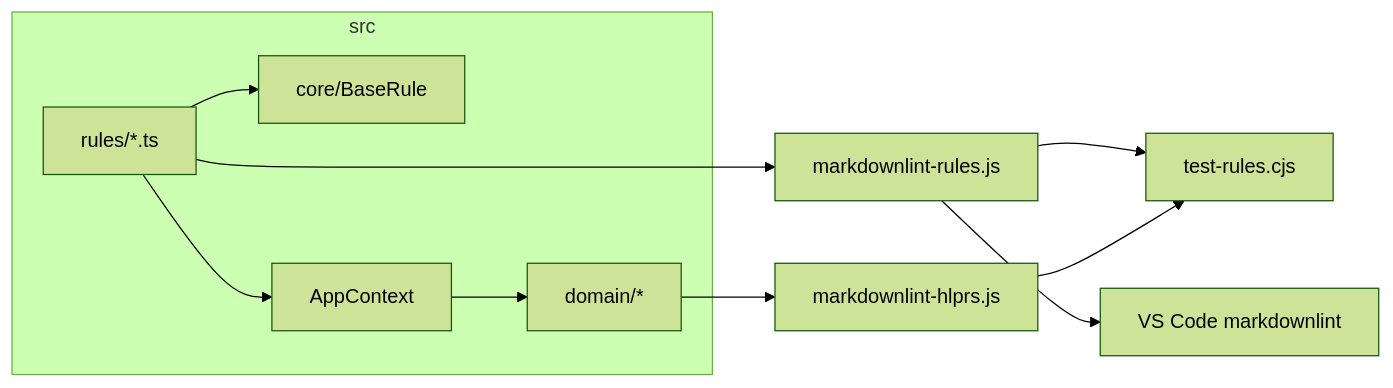
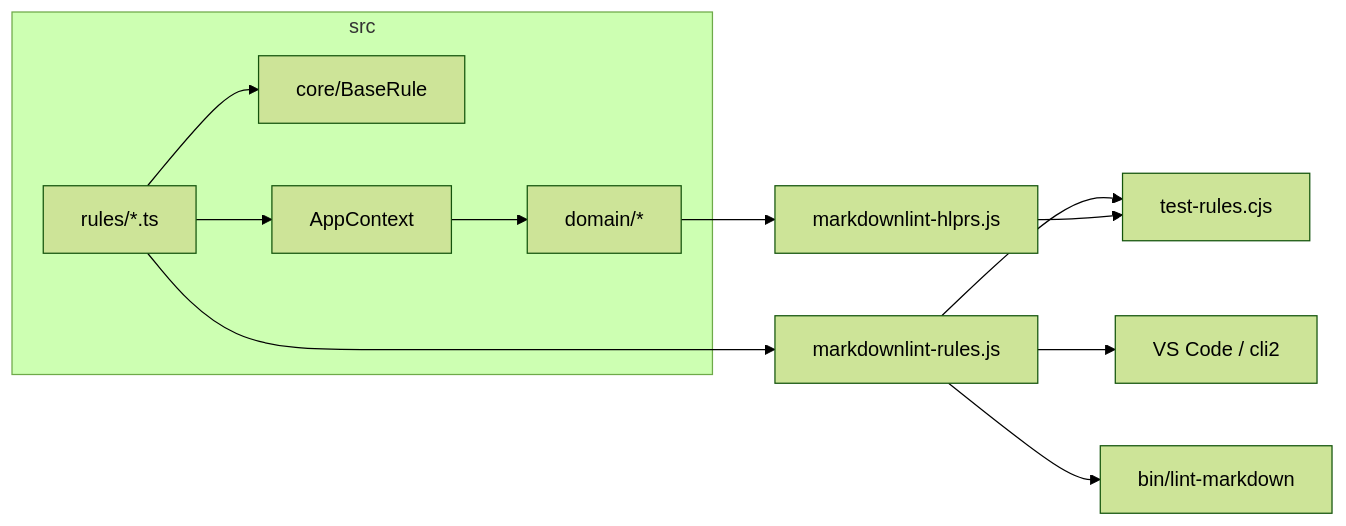
One commit to achieffment/markdownlint-custom changed the diagram in README.md. Above: the diagram before and after it, drawn with Mermaid (forest theme). The commit also changed other lines of this file and 19 other files, not shown here.

First line of the commit message:
feat: add markdownlint-cli2 config, local lint CLI and audit tooling

````diff
--- a/README.md
+++ b/README.md
@@ -86,17 +111,18 @@
 ```mermaid
 flowchart LR
   subgraph srcLayer [src]
     Rules[rules/*.ts]
     Domain[domain/*]
     Core[core/BaseRule]
     AppCtx[AppContext]
   end
   Rules --> Core
   Rules --> AppCtx
   AppCtx --> Domain
   Rules --> RulesJs[markdownlint-rules.js]
   Domain --> HlprsJs[markdownlint-hlprs.js]
-  RulesJs --> VSCode[VS Code markdownlint]
+  RulesJs --> VSCode[VS Code / cli2]
   RulesJs --> Tests[test-rules.cjs]
+  RulesJs --> CLI[bin/lint-markdown]
   HlprsJs --> Tests
 ```
````
